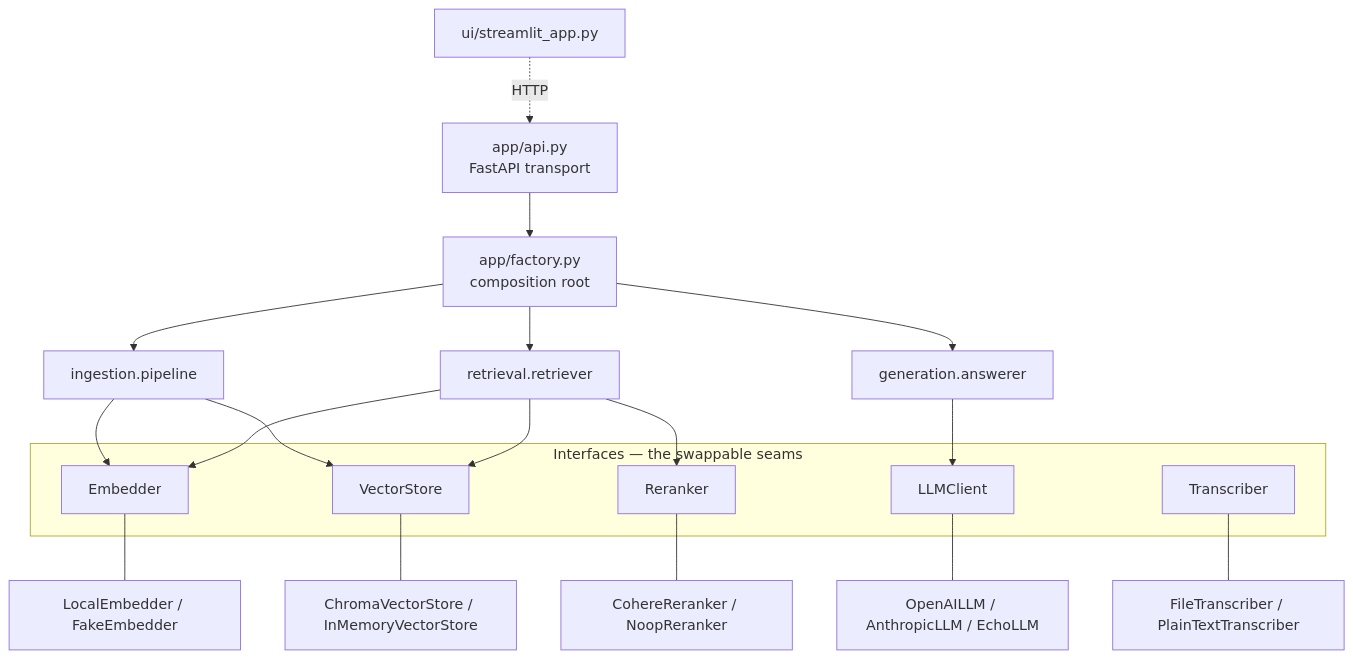
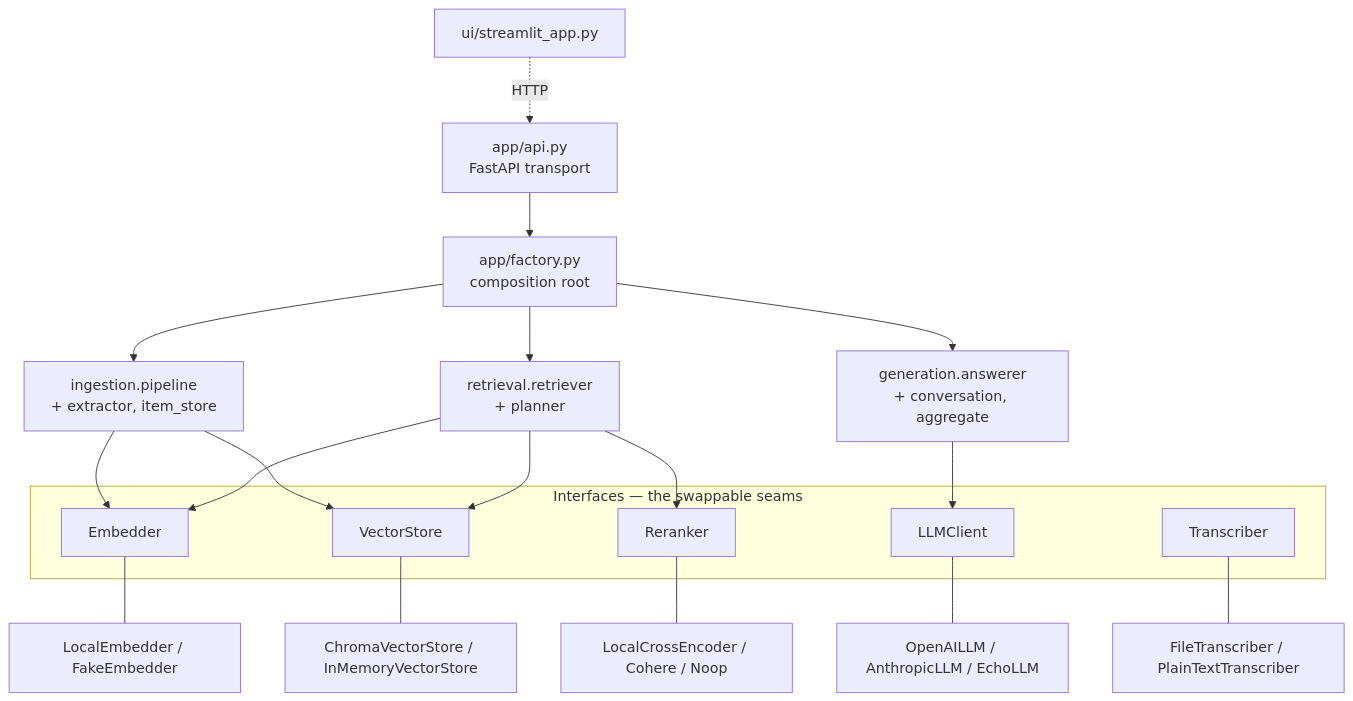
Before and after one commit to Farzinkh/newpage_solutions: the third of 5 diagrams in meeting-intelligence/docs/architecture.md, drawn with Mermaid. The commit also changed other lines of this file and 3 other files, not shown here.

First line of the commit message:
docs: bring architecture and READMEs up to date with current features

````diff
--- a/meeting-intelligence/docs/architecture.md
+++ b/meeting-intelligence/docs/architecture.md
@@ -74,27 +87,27 @@
 ```mermaid
 flowchart TD
     API[app/api.py<br/>FastAPI transport] --> FAC[app/factory.py<br/>composition root]
     UI[ui/streamlit_app.py] -. HTTP .-> API
 
-    FAC --> ING[ingestion.pipeline]
-    FAC --> RET[retrieval.retriever]
-    FAC --> ANS[generation.answerer]
+    FAC --> ING[ingestion.pipeline<br/>+ extractor, item_store]
+    FAC --> RET[retrieval.retriever<br/>+ planner]
+    FAC --> ANS[generation.answerer<br/>+ conversation, aggregate]
 
     subgraph seams["Interfaces — the swappable seams"]
         IT[Transcriber]
         IE[Embedder]
         IV[VectorStore]
         IR[Reranker]
         IL[LLMClient]
     end
 
     ING --> IE & IV
     RET --> IE & IV & IR
     ANS --> IL
 
     IE --- IEc[LocalEmbedder / FakeEmbedder]
     IV --- IVc[ChromaVectorStore / InMemoryVectorStore]
-    IR --- IRc[CohereReranker / NoopReranker]
+    IR --- IRc[LocalCrossEncoder / Cohere / Noop]
     IL --- ILc[OpenAILLM / AnthropicLLM / EchoLLM]
     IT --- ITc[FileTranscriber / PlainTextTranscriber]
 ```
````
